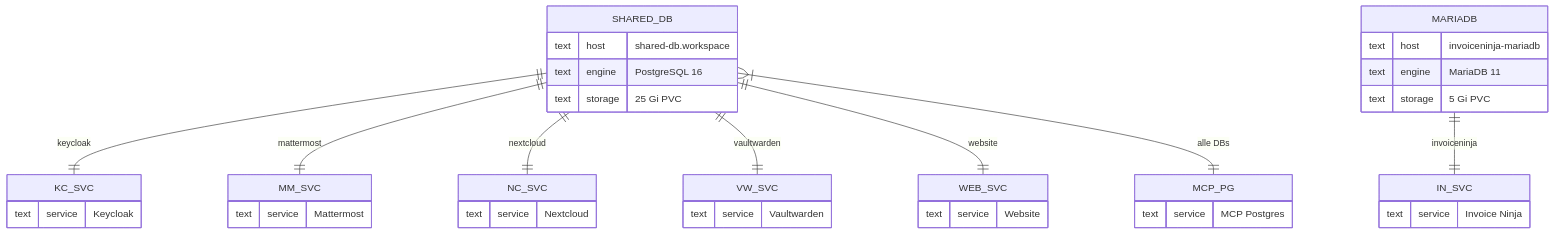
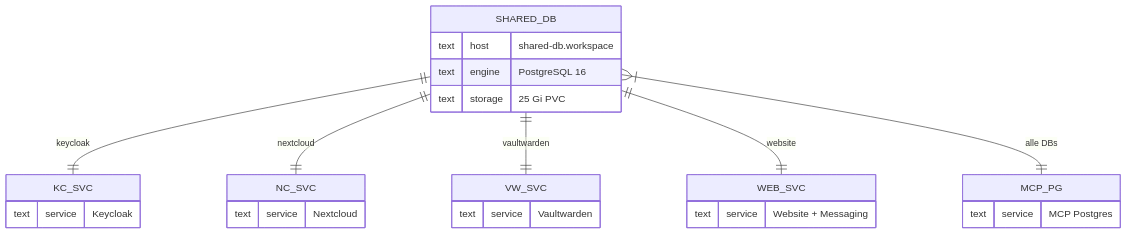
One commit to Paddione/Bachelorprojekt changed the eighth of 10 diagrams in docs/architecture.md. Above: the diagram before and after it, drawn with Mermaid. The commit also changed other lines of this file and 11 other files, not shown here.

First line of the commit message:
docs: overhaul documentation to reflect current architecture

````diff
--- a/docs/architecture.md
+++ b/docs/architecture.md
@@ -543,28 +485,19 @@
 ```mermaid
 erDiagram
     SHARED_DB ||--|| KC_SVC : "keycloak"
-    SHARED_DB ||--|| MM_SVC : "mattermost"
     SHARED_DB ||--|| NC_SVC : "nextcloud"
     SHARED_DB ||--|| VW_SVC : "vaultwarden"
     SHARED_DB ||--|| WEB_SVC : "website"
     SHARED_DB }|--|| MCP_PG : "alle DBs"
-    MARIADB ||--|| IN_SVC : "invoiceninja"
 
     SHARED_DB {
         text host "shared-db.workspace"
         text engine "PostgreSQL 16"
         text storage "25 Gi PVC"
     }
-    MARIADB {
-        text host "invoiceninja-mariadb"
-        text engine "MariaDB 11"
-        text storage "5 Gi PVC"
-    }
     KC_SVC { text service "Keycloak" }
-    MM_SVC { text service "Mattermost" }
     NC_SVC { text service "Nextcloud" }
     VW_SVC { text service "Vaultwarden" }
-    WEB_SVC { text service "Website" }
-    IN_SVC { text service "Invoice Ninja" }
+    WEB_SVC { text service "Website + Messaging" }
     MCP_PG { text service "MCP Postgres" }
 ```
````
